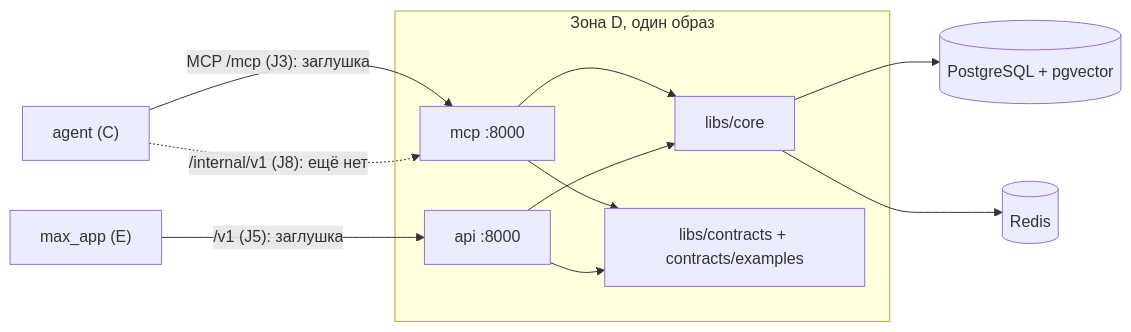
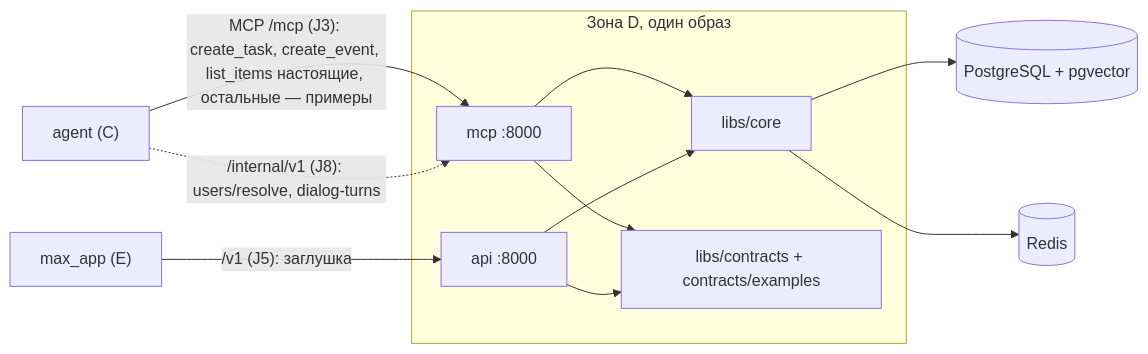
The diagram in docs/PROJECT_LOG.md (Tuitr/iNote), drawn with Mermaid before and after one commit. The commit also changed other lines of this file, not shown here.

````diff
--- a/docs/PROJECT_LOG.md
+++ b/docs/PROJECT_LOG.md
@@ -30,18 +36,18 @@
 ```mermaid
 flowchart LR
-    agent["agent (C)"] -->|"MCP /mcp (J3): заглушка"| mcp
-    agent -.->|"/internal/v1 (J8): ещё нет"| mcp
+    agent["agent (C)"] -->|"MCP /mcp (J3): create_task, create_event, list_items настоящие, остальные — примеры"| mcp
+    agent -.->|"/internal/v1 (J8): users/resolve, dialog-turns"| mcp
     max_app["max_app (E)"] -->|"/v1 (J5): заглушка"| api
     subgraph D["Зона D, один образ"]
         mcp["mcp :8000"]
         api["api :8000"]
         core["libs/core"]
         contracts["libs/contracts + contracts/examples"]
         mcp --> core
         api --> core
         mcp --> contracts
         api --> contracts
     end
     core --> pg[("PostgreSQL + pgvector")]
     core --> redis[("Redis")]
 ```
````
